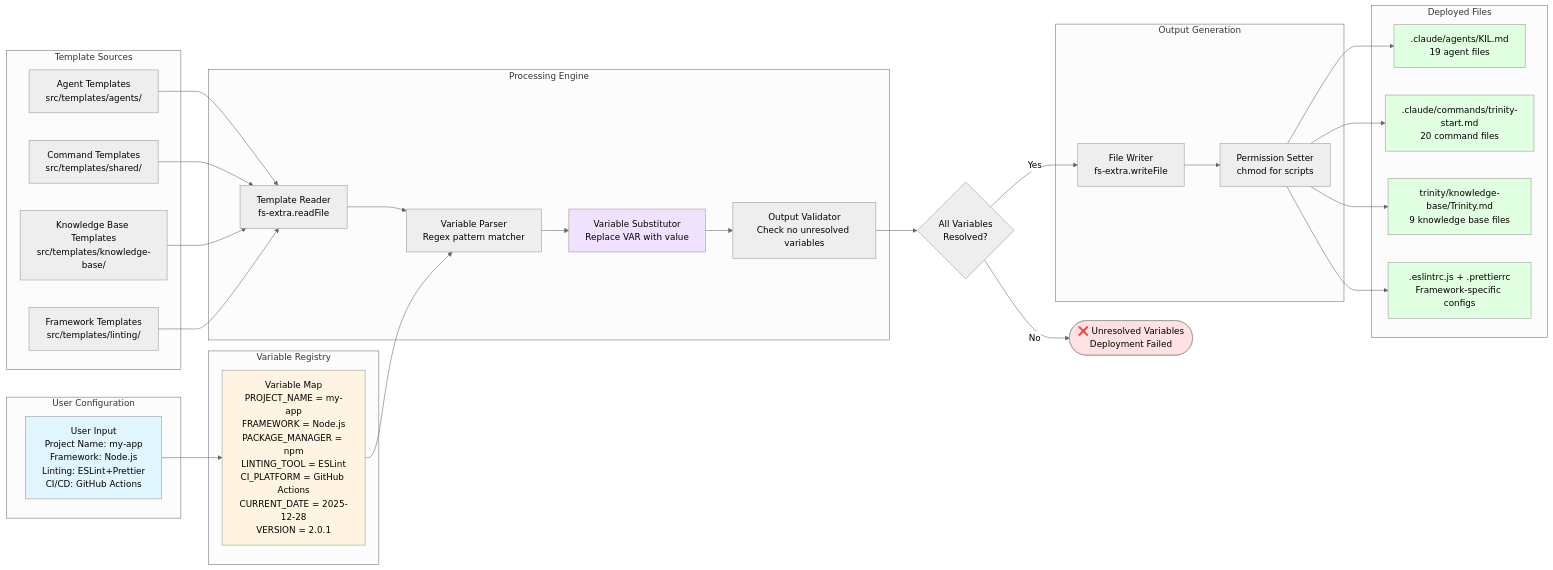
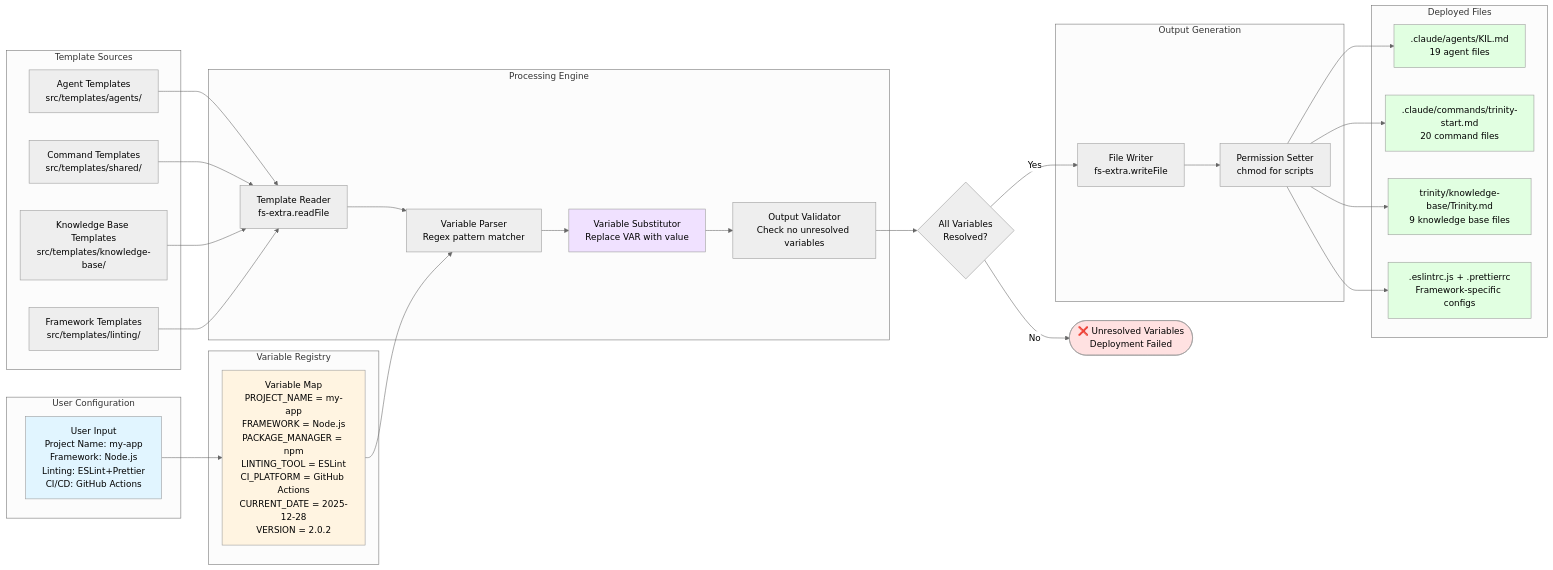
One commit to lukadfagundes/trinity-method-sdk changed the diagram in docs/images/template-processing-pipeline.md. Above: the diagram before and after it, drawn with Mermaid (neutral theme). The commit also changed other lines of this file and 28 other files, not shown here.

````diff
--- a/docs/images/template-processing-pipeline.md
+++ b/docs/images/template-processing-pipeline.md
@@ -3,66 +3,66 @@
 ```mermaid
 flowchart LR
     subgraph "Template Sources"
         T1[Agent Templates<br/>src/templates/agents/]
         T2[Command Templates<br/>src/templates/shared/]
         T3[Knowledge Base Templates<br/>src/templates/knowledge-base/]
         T4[Framework Templates<br/>src/templates/linting/]
     end
 
     subgraph "User Configuration"
         CONFIG[User Input<br/>Project Name: my-app<br/>Framework: Node.js<br/>Linting: ESLint+Prettier<br/>CI/CD: GitHub Actions]
     end
 
     subgraph "Variable Registry"
-        VARS["Variable Map<br/>PROJECT_NAME = my-app<br/>FRAMEWORK = Node.js<br/>PACKAGE_MANAGER = npm<br/>LINTING_TOOL = ESLint<br/>CI_PLATFORM = GitHub Actions<br/>CURRENT_DATE = 2025-12-28<br/>VERSION = 2.0.1"]
+        VARS["Variable Map<br/>PROJECT_NAME = my-app<br/>FRAMEWORK = Node.js<br/>PACKAGE_MANAGER = npm<br/>LINTING_TOOL = ESLint<br/>CI_PLATFORM = GitHub Actions<br/>CURRENT_DATE = 2025-12-28<br/>VERSION = 2.0.2"]
     end
 
     subgraph "Processing Engine"
         READER[Template Reader<br/>fs-extra.readFile]
         PARSER["Variable Parser<br/>Regex pattern matcher"]
         SUBSTITUTOR["Variable Substitutor<br/>Replace VAR with value"]
         VALIDATOR["Output Validator<br/>Check no unresolved variables"]
     end
 
     subgraph "Output Generation"
         WRITER[File Writer<br/>fs-extra.writeFile]
         PERMS[Permission Setter<br/>chmod for scripts]
     end
 
     subgraph "Deployed Files"
         OUT1[.claude/agents/KIL.md<br/>19 agent files]
         OUT2[.claude/commands/trinity-start.md<br/>20 command files]
         OUT3[trinity/knowledge-base/Trinity.md<br/>9 knowledge base files]
         OUT4[.eslintrc.js + .prettierrc<br/>Framework-specific configs]
     end
 
     CONFIG --> VARS
     T1 --> READER
     T2 --> READER
     T3 --> READER
     T4 --> READER
 
     READER --> PARSER
     VARS --> PARSER
     PARSER --> SUBSTITUTOR
     SUBSTITUTOR --> VALIDATOR
 
     VALIDATOR --> DECISION{All Variables<br/>Resolved?}
     DECISION -->|No| ERROR([❌ Unresolved Variables<br/>Deployment Failed])
     DECISION -->|Yes| WRITER
 
     WRITER --> PERMS
     PERMS --> OUT1
     PERMS --> OUT2
     PERMS --> OUT3
     PERMS --> OUT4
 
     style CONFIG fill:#e1f5ff
     style VARS fill:#fff4e1
     style SUBSTITUTOR fill:#f0e1ff
     style OUT1 fill:#e1ffe1
     style OUT2 fill:#e1ffe1
     style OUT3 fill:#e1ffe1
     style OUT4 fill:#e1ffe1
     style ERROR fill:#ffe1e1
 ```
````
